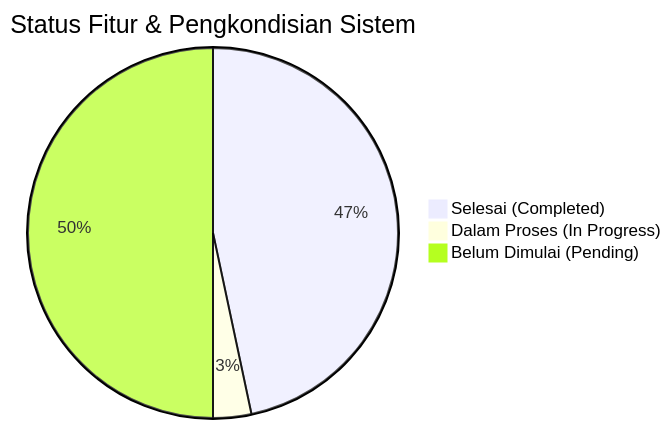
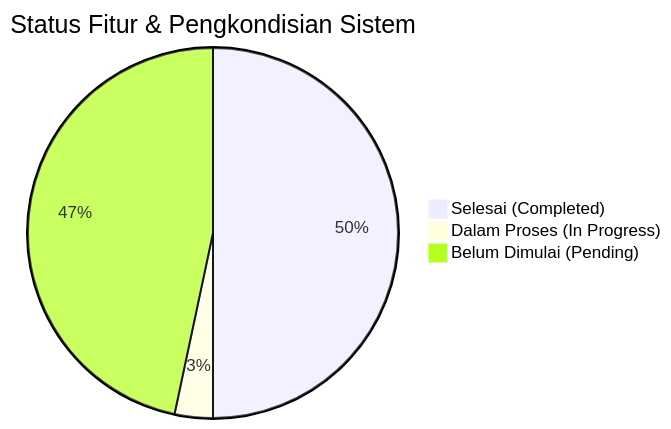
One commit to 4lliiifffff/pengembangan-presensi-pkbmpikat changed the diagram in docs/progress_pengembangan_sistem_presensi.md. Above: the diagram before and after it, drawn with Mermaid. The commit also changed other lines of this file and 8 other files, not shown here.

````diff
--- a/docs/progress_pengembangan_sistem_presensi.md
+++ b/docs/progress_pengembangan_sistem_presensi.md
@@ -12,6 +12,6 @@
 ```mermaid
 pie title Status Fitur & Pengkondisian Sistem
-    "Selesai (Completed)" : 14
+    "Selesai (Completed)" : 15
     "Dalam Proses (In Progress)" : 1
-    "Belum Dimulai (Pending)" : 15
+    "Belum Dimulai (Pending)" : 14
 ```
````
